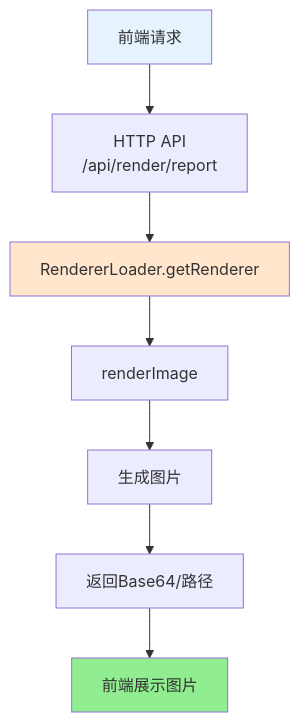
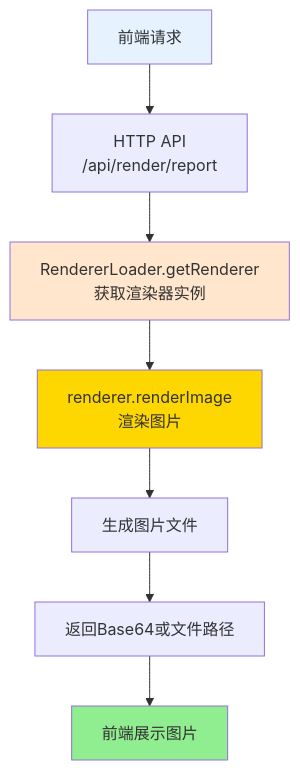
Before and after one commit to sunflowermm/XRK-AGT: the seventh of 9 diagrams in docs/app-dev.md, drawn with Mermaid. The commit also changed other lines of this file and 8 other files, not shown here.

````diff
--- a/docs/app-dev.md
+++ b/docs/app-dev.md
@@ -230,13 +386,14 @@
 ```mermaid
 flowchart TB
     A[前端请求] --> B[HTTP API<br/>/api/render/report]
-    B --> C[RendererLoader.getRenderer]
-    C --> D[renderImage]
-    D --> E[生成图片]
-    E --> F[返回Base64/路径]
+    B --> C[RendererLoader.getRenderer<br/>获取渲染器实例]
+    C --> D[renderer.renderImage<br/>渲染图片]
+    D --> E[生成图片文件]
+    E --> F[返回Base64或文件路径]
     F --> G[前端展示图片]
     
     style A fill:#E6F3FF
     style C fill:#FFE6CC
+    style D fill:#FFD700
     style G fill:#90EE90
 ```
````
